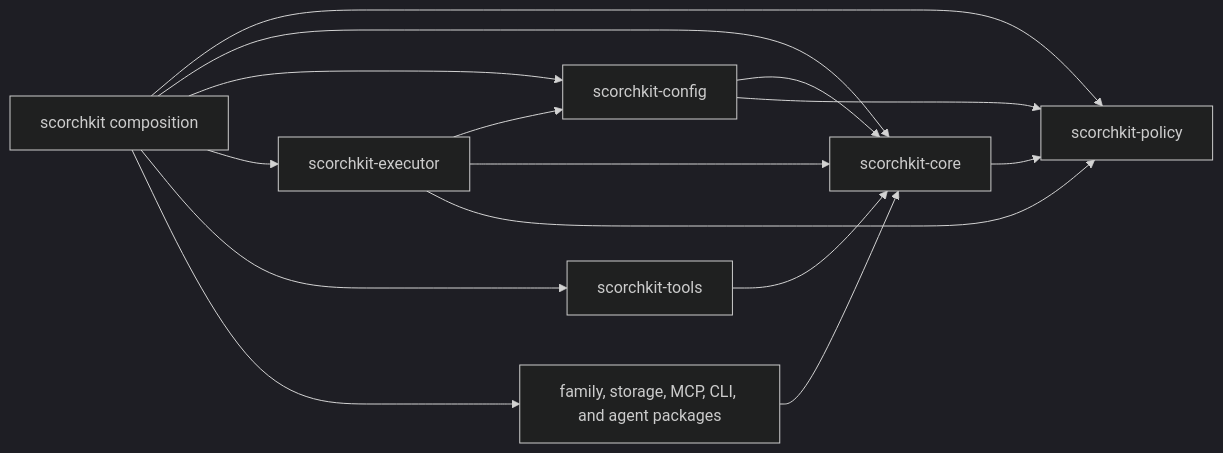
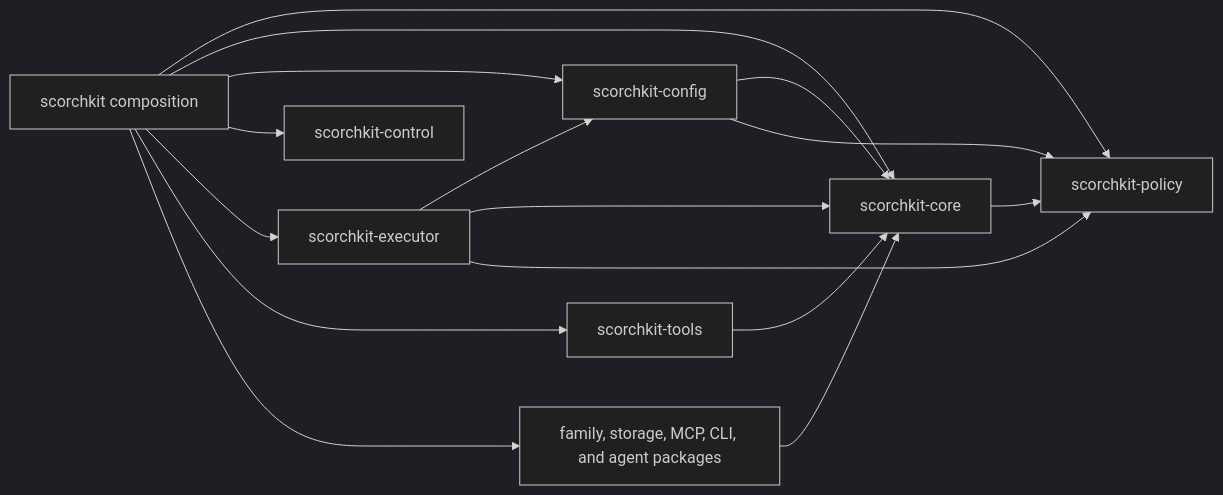
The diagram in docs/architecture/workspace.md (Ignibyte/scorchkit), drawn with Mermaid (dark theme) before and after one commit. The commit also changed other lines of this file and 88 other files, not shown here.

````diff
--- a/docs/architecture/workspace.md
+++ b/docs/architecture/workspace.md
@@ -35,17 +36,18 @@
 ```mermaid
 flowchart LR
     ROOT["scorchkit composition"] --> POLICY["scorchkit-policy"]
     ROOT --> CORE["scorchkit-core"]
     ROOT --> CONFIG["scorchkit-config"]
+    ROOT --> CONTROL["scorchkit-control"]
     ROOT --> EXECUTOR["scorchkit-executor"]
     ROOT --> TOOLS["scorchkit-tools"]
     ROOT --> LEAVES["family, storage, MCP, CLI, and agent packages"]
     CORE --> POLICY
     CONFIG --> CORE
     CONFIG --> POLICY
     EXECUTOR --> CONFIG
     EXECUTOR --> CORE
     EXECUTOR --> POLICY
     TOOLS --> CORE
     LEAVES --> CORE
 ```
````
